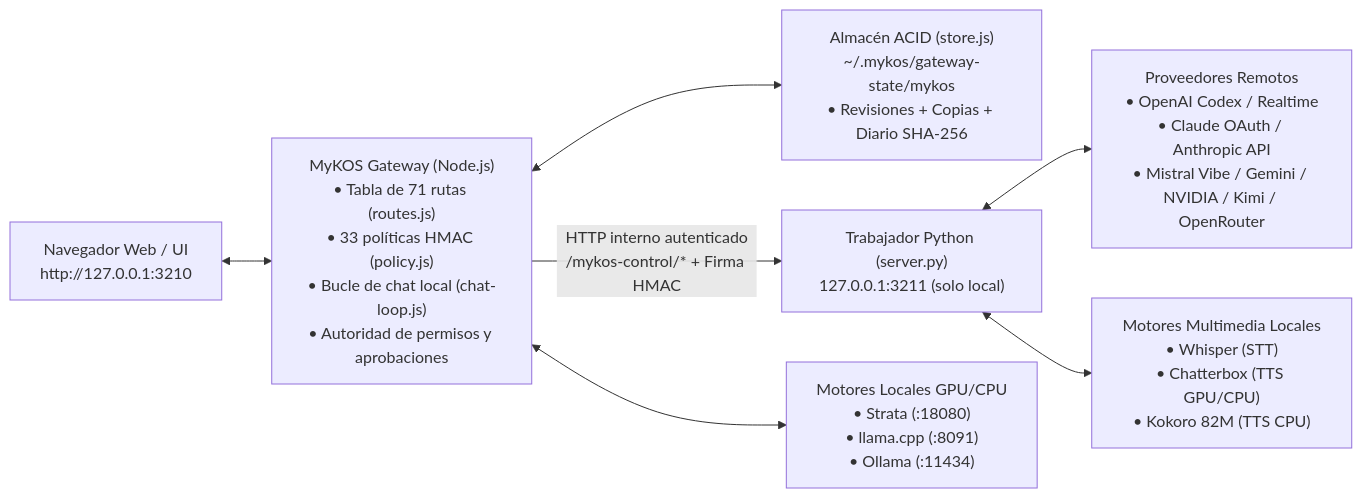
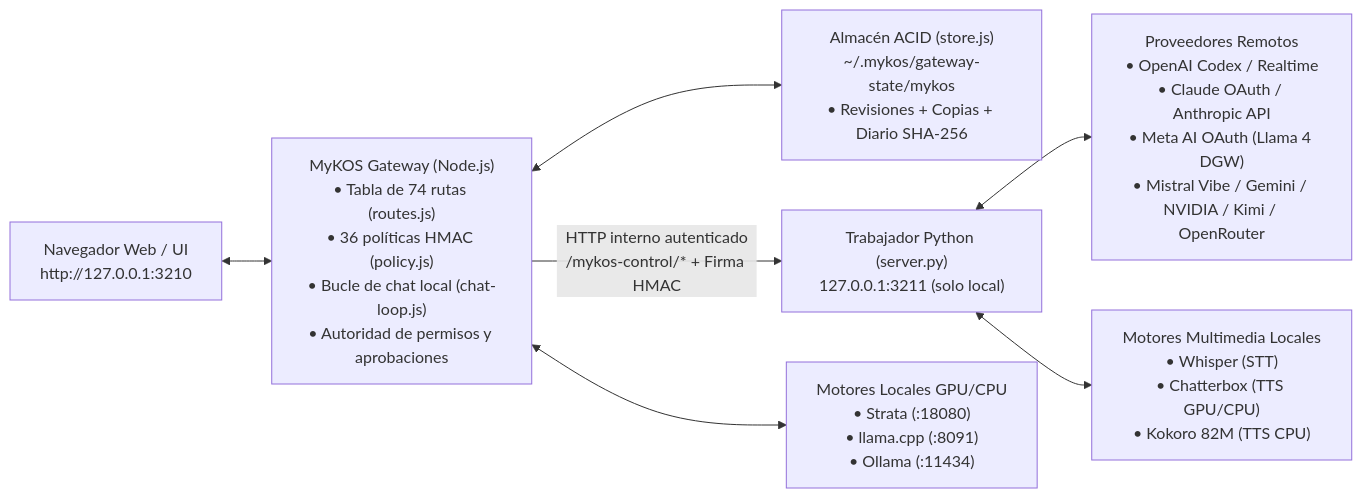
Before and after one commit to eskib0/MyKOS: the diagram in README.md, drawn with Mermaid. The commit also changed other lines of this file and 12 other files, not shown here.

Commit message:
feat(oauth): integrate Meta AI (meta.ai) OAuth and DGW WebSocket Llama 4 models

````diff
--- a/README.md
+++ b/README.md
@@ -59,9 +61,9 @@
 ```mermaid
 flowchart LR
-    Browser["Navegador Web / UI\nhttp://127.0.0.1:3210"] <--> Gateway["MyKOS Gateway (Node.js)\n• Tabla de 71 rutas (routes.js)\n• 33 políticas HMAC (policy.js)\n• Bucle de chat local (chat-loop.js)\n• Autoridad de permisos y aprobaciones"]
+    Browser["Navegador Web / UI\nhttp://127.0.0.1:3210"] <--> Gateway["MyKOS Gateway (Node.js)\n• Tabla de 74 rutas (routes.js)\n• 36 políticas HMAC (policy.js)\n• Bucle de chat local (chat-loop.js)\n• Autoridad de permisos y aprobaciones"]
     Gateway <--> Store["Almacén ACID (store.js)\n~/.mykos/gateway-state/mykos\n• Revisiones + Copias + Diario SHA-256"]
     Gateway -- "HTTP interno autenticado\n/mykos-control/* + Firma HMAC" --> Worker["Trabajador Python (server.py)\n127.0.0.1:3211 (solo local)"]
     Gateway <--> LocalEngines["Motores Locales GPU/CPU\n• Strata (:18080)\n• llama.cpp (:8091)\n• Ollama (:11434)"]
-    Worker <--> CloudProviders["Proveedores Remotos\n• OpenAI Codex / Realtime\n• Claude OAuth / Anthropic API\n• Mistral Vibe / Gemini / NVIDIA / Kimi / OpenRouter"]
+    Worker <--> CloudProviders["Proveedores Remotos\n• OpenAI Codex / Realtime\n• Claude OAuth / Anthropic API\n• Meta AI OAuth (Llama 4 DGW)\n• Mistral Vibe / Gemini / NVIDIA / Kimi / OpenRouter"]
     Worker <--> LocalVoice["Motores Multimedia Locales\n• Whisper (STT)\n• Chatterbox (TTS GPU/CPU)\n• Kokoro 82M (TTS CPU)"]
 ```
````
